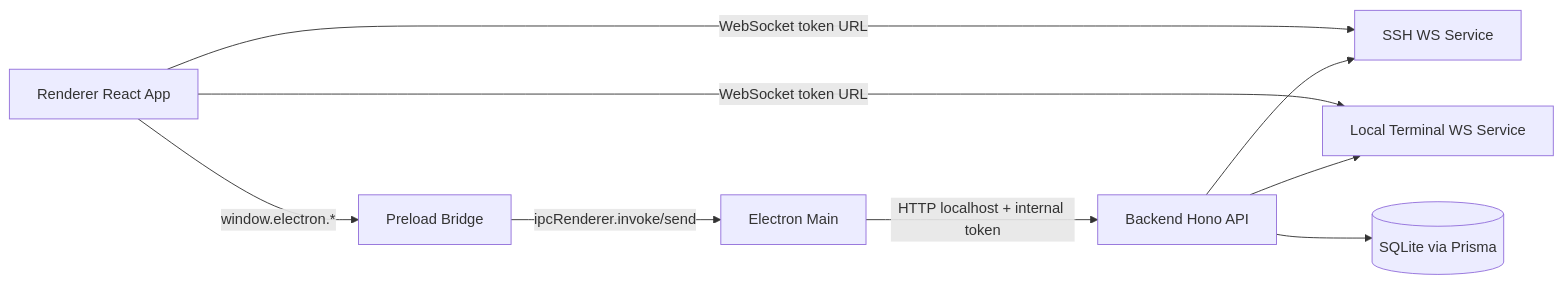
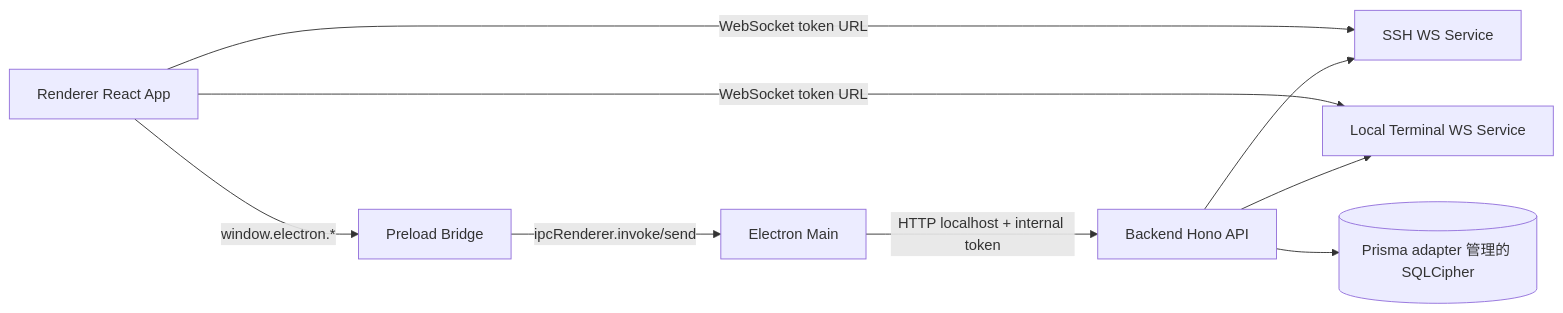
One commit to XYZ1024-alt/Cosmosh changed the first of 10 diagrams in docs/zh-CN/developer/core/architecture.md. Above: the diagram before and after it, drawn with Mermaid. The commit also changed other lines of this file and 12 other files, not shown here.

First line of the commit message:
fix(backend): enforce SQLCipher for Prisma storage

````diff
--- a/docs/zh-CN/developer/core/architecture.md
+++ b/docs/zh-CN/developer/core/architecture.md
@@ -12,11 +12,11 @@
 ```mermaid
 flowchart LR
   R[Renderer React App] -->|window.electron.*| P[Preload Bridge]
   P -->|ipcRenderer.invoke/send| M[Electron Main]
   M -->|HTTP localhost + internal token| B[Backend Hono API]
   R -->|WebSocket token URL| WS1[SSH WS Service]
   R -->|WebSocket token URL| WS2[Local Terminal WS Service]
   B --> WS1
   B --> WS2
-  B --> DB[(SQLite via Prisma)]
+  B --> DB[(Prisma adapter 管理的 SQLCipher)]
 ```
````
